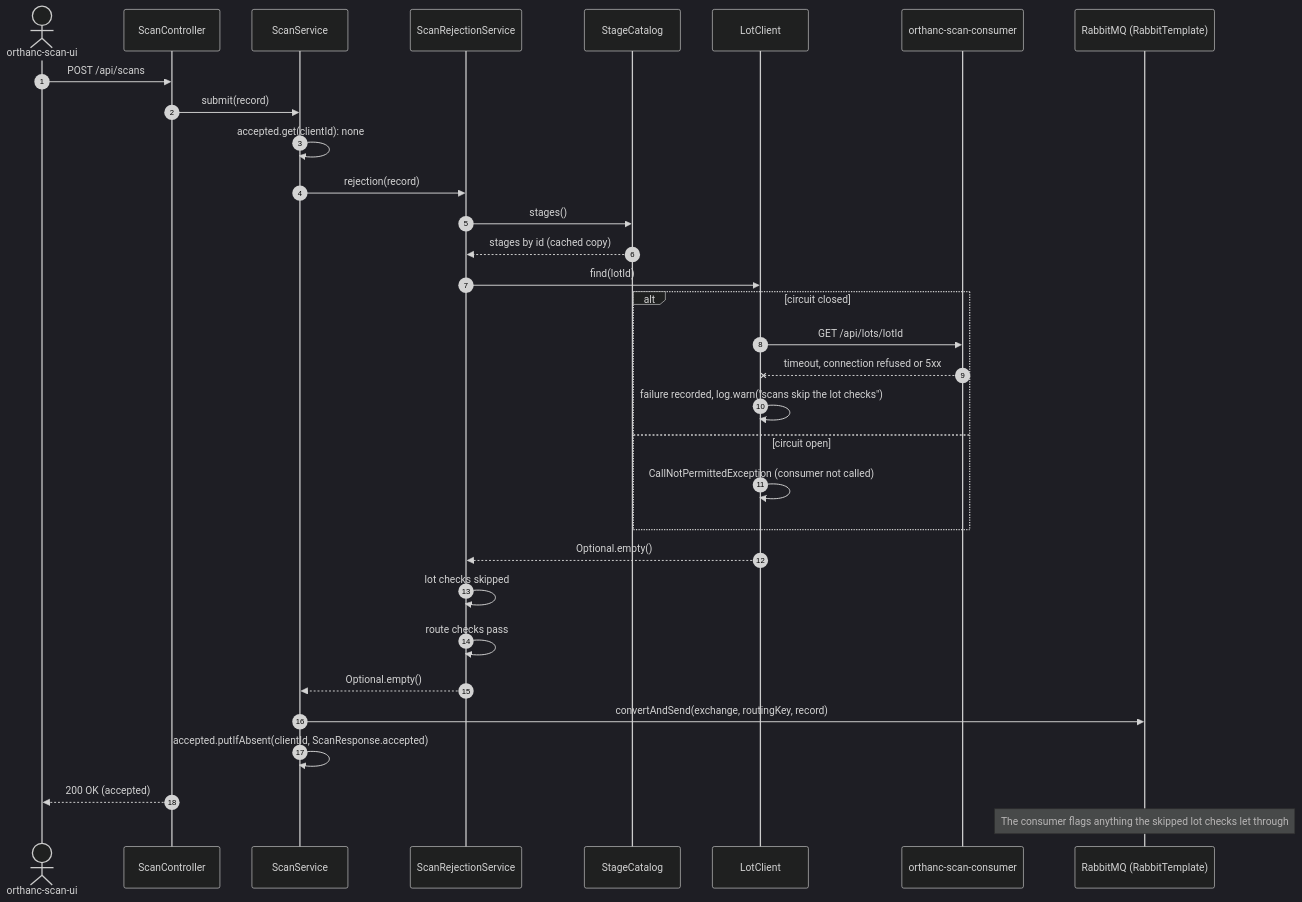
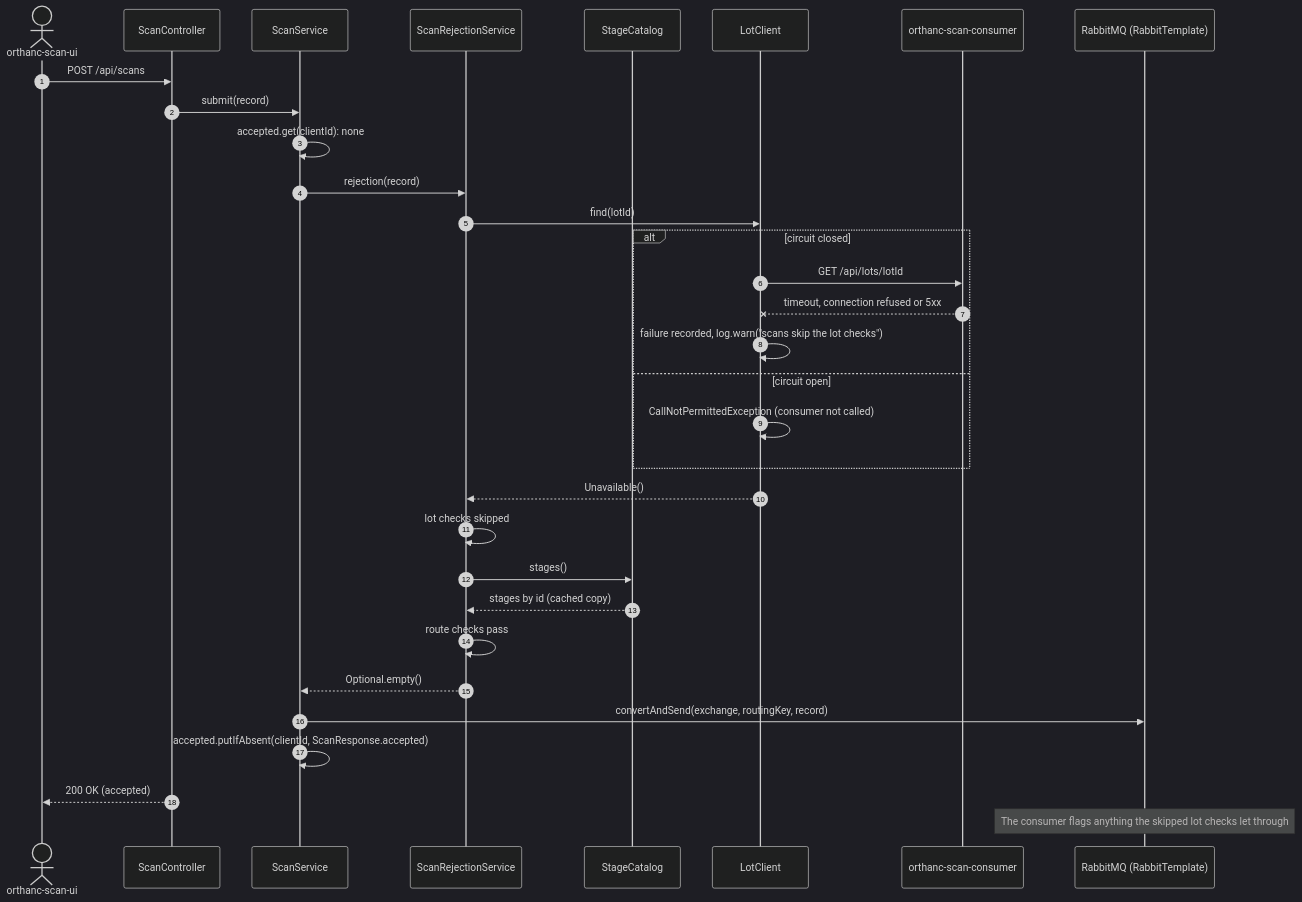
The ninth of 16 diagrams in docs/class-diagram.md (spydrone13/orthanc-scan-producer), drawn with Mermaid (dark theme) before and after one commit. The commit also changed other lines of this file and 5 other files, not shown here.

````diff
--- a/docs/class-diagram.md
+++ b/docs/class-diagram.md
@@ -495,35 +547,35 @@
 ```mermaid
 sequenceDiagram
     autonumber
     actor UI as orthanc-scan-ui
     participant Ctrl as ScanController
     participant Svc as ScanService
     participant Rej as ScanRejectionService
     participant Catalog as StageCatalog
     participant Lots as LotClient
     participant Consumer as orthanc-scan-consumer
     participant Rabbit as RabbitMQ (RabbitTemplate)
 
     UI->>Ctrl: POST /api/scans
     Ctrl->>Svc: submit(record)
     Svc->>Svc: accepted.get(clientId): none
     Svc->>Rej: rejection(record)
-    Rej->>Catalog: stages()
-    Catalog-->>Rej: stages by id (cached copy)
     Rej->>Lots: find(lotId)
     alt circuit closed
         Lots->>Consumer: GET /api/lots/lotId
         Consumer--xLots: timeout, connection refused or 5xx
         Lots->>Lots: failure recorded, log.warn("scans skip the lot checks")
     else circuit open
         Lots->>Lots: CallNotPermittedException (consumer not called)
     end
-    Lots-->>Rej: Optional.empty()
+    Lots-->>Rej: Unavailable()
     Rej->>Rej: lot checks skipped
+    Rej->>Catalog: stages()
+    Catalog-->>Rej: stages by id (cached copy)
     Rej->>Rej: route checks pass
     Rej-->>Svc: Optional.empty()
     Svc->>Rabbit: convertAndSend(exchange, routingKey, record)
     Svc->>Svc: accepted.putIfAbsent(clientId, ScanResponse.accepted)
     Ctrl-->>UI: 200 OK (accepted)
     Note over Rabbit: The consumer flags anything the skipped lot checks let through
 ```
````
